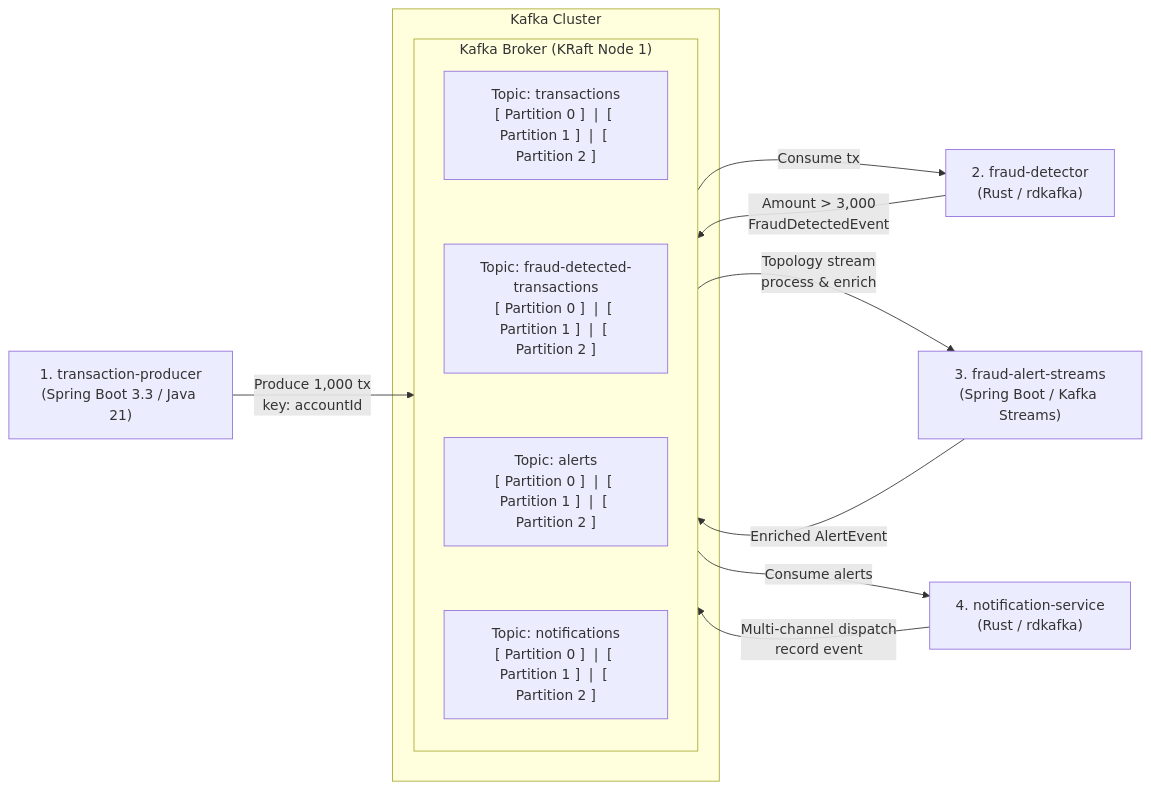
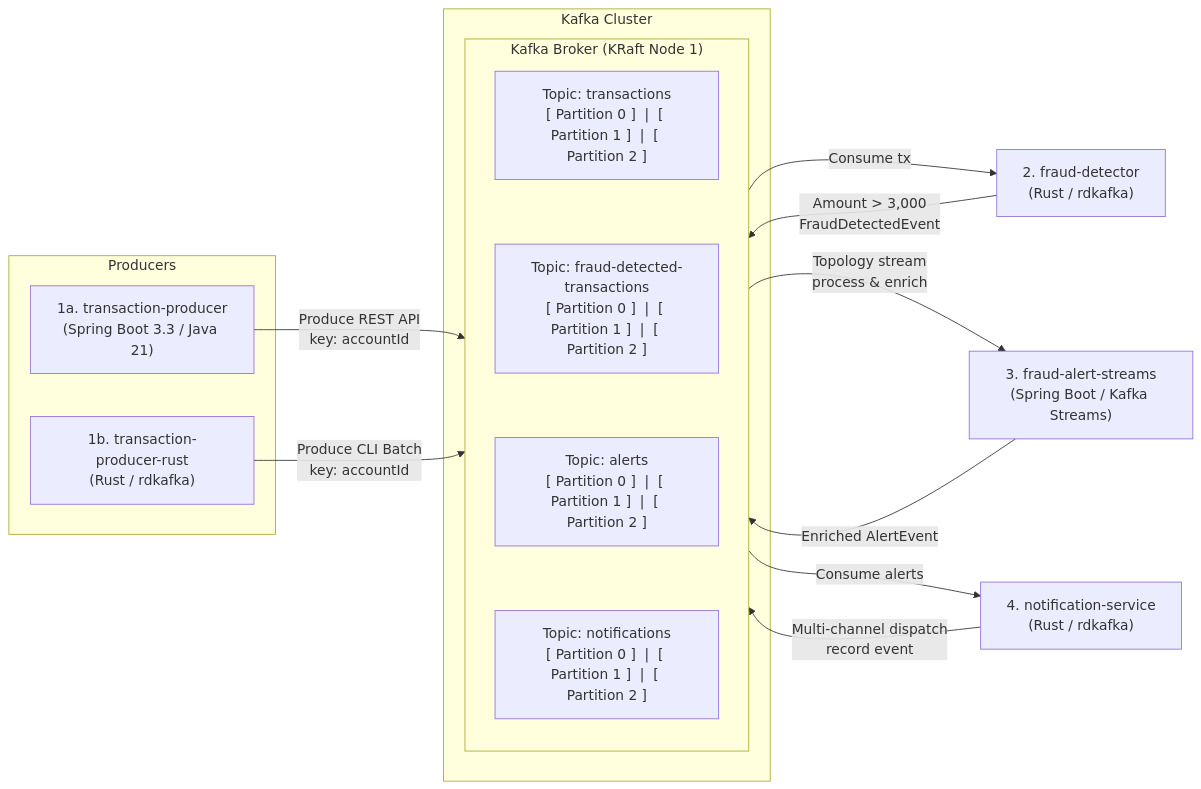
Before and after one commit to jvalsesia/kafka-streams: the diagram in README.md, drawn with Mermaid. The commit also changed other lines of this file and 6 other files, not shown here.

Commit message:
feat: add high-performance Rust transaction producer (transaction-producer-rust)

````diff
--- a/README.md
+++ b/README.md
@@ -9,27 +9,31 @@
 ```mermaid
 flowchart LR
-    P1["1. transaction-producer<br/>(Spring Boot 3.3 / Java 21)"]
+    subgraph Producers["Producers"]
+        P1["1a. transaction-producer<br/>(Spring Boot 3.3 / Java 21)"]
+        P1_RUST["1b. transaction-producer-rust<br/>(Rust / rdkafka)"]
+    end
 
     subgraph Cluster["Kafka Cluster"]
         subgraph Broker["Kafka Broker (KRaft Node 1)"]
             direction TB
             T1["Topic: transactions<br/>[ Partition 0 ] &nbsp;|&nbsp; [ Partition 1 ] &nbsp;|&nbsp; [ Partition 2 ]"]
             T2["Topic: fraud-detected-transactions<br/>[ Partition 0 ] &nbsp;|&nbsp; [ Partition 1 ] &nbsp;|&nbsp; [ Partition 2 ]"]
             T3["Topic: alerts<br/>[ Partition 0 ] &nbsp;|&nbsp; [ Partition 1 ] &nbsp;|&nbsp; [ Partition 2 ]"]
             T4["Topic: notifications<br/>[ Partition 0 ] &nbsp;|&nbsp; [ Partition 1 ] &nbsp;|&nbsp; [ Partition 2 ]"]
             T1 ~~~ T2 ~~~ T3 ~~~ T4
         end
     end
 
     P2["2. fraud-detector<br/>(Rust / rdkafka)"]
     P3["3. fraud-alert-streams<br/>(Spring Boot / Kafka Streams)"]
     P4["4. notification-service<br/>(Rust / rdkafka)"]
 
-    P1 -->|"Produce 1,000 tx<br/>key: accountId"| T1
+    P1 -->|"Produce REST API<br/>key: accountId"| T1
+    P1_RUST -->|"Produce CLI Batch<br/>key: accountId"| T1
     T1 -->|"Consume tx"| P2
     P2 -->|"Amount > 3,000<br/>FraudDetectedEvent"| T2
     T2 -->|"Topology stream<br/>process & enrich"| P3
     P3 -->|"Enriched AlertEvent"| T3
     T3 -->|"Consume alerts"| P4
     P4 -->|"Multi-channel dispatch<br/>record event"| T4
 ```
````
